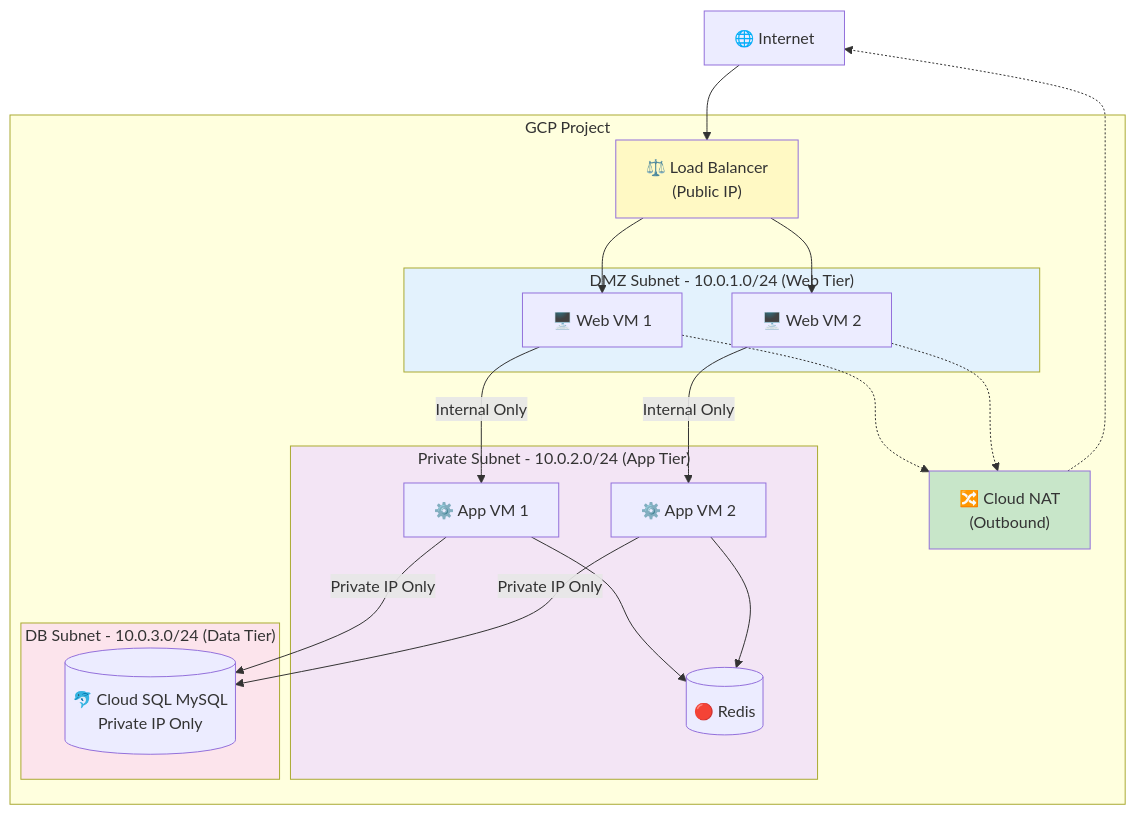
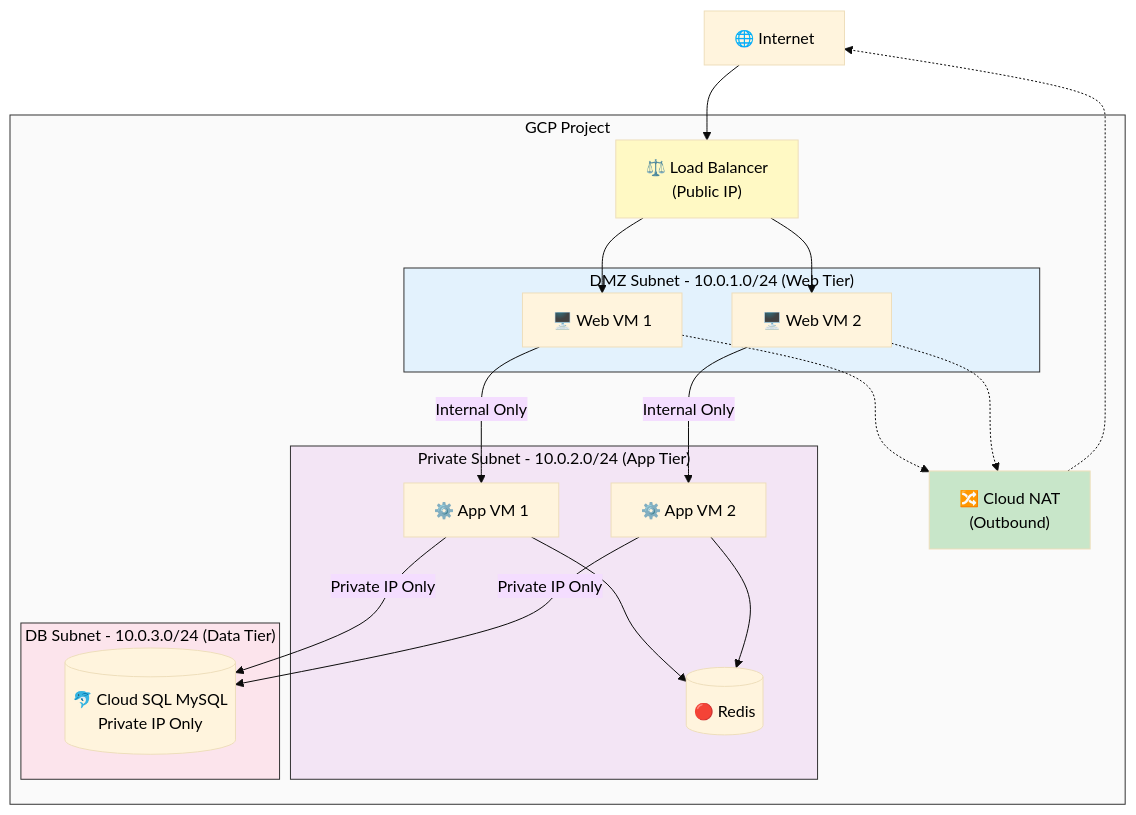
Before and after one commit to JSJ2337/GCP_terraform_code: the third of 4 diagrams in terraform_gcp_infra/docs/architecture/overview.md, drawn with Mermaid. The commit also changed other lines of this file and 5 other files, not shown here.

First line of the commit message:
style: Mermaid 다이어그램 제목 가독성 개선

````diff
--- a/terraform_gcp_infra/docs/architecture/overview.md
+++ b/terraform_gcp_infra/docs/architecture/overview.md
@@ -181,44 +187,46 @@
 ```mermaid
+%%{init: {'theme': 'base', 'themeVariables': { 'primaryTextColor': '#000000', 'clusterBkg': '#ffffff', 'clusterBorder': '#333333' }}}%%
 flowchart TB
     INET[🌐 Internet]
 
     subgraph GCP["GCP Project"]
         LB["⚖️ Load Balancer<br/>(Public IP)"]
         NAT["🔀 Cloud NAT<br/>(Outbound)"]
 
         subgraph DMZ["DMZ Subnet - 10.0.1.0/24 (Web Tier)"]
             WEB1[🖥️ Web VM 1]
             WEB2[🖥️ Web VM 2]
         end
 
         subgraph Private["Private Subnet - 10.0.2.0/24 (App Tier)"]
             APP1[⚙️ App VM 1]
             APP2[⚙️ App VM 2]
             REDIS[(🔴 Redis)]
         end
 
         subgraph DB["DB Subnet - 10.0.3.0/24 (Data Tier)"]
             SQL[(🐬 Cloud SQL MySQL<br/>Private IP Only)]
         end
     end
 
     INET --> LB
     LB --> WEB1
     LB --> WEB2
     WEB1 -.-> NAT
     WEB2 -.-> NAT
     NAT -.-> INET
 
     WEB1 -->|Internal Only| APP1
     WEB2 -->|Internal Only| APP2
     APP1 --> REDIS
     APP2 --> REDIS
     APP1 -->|Private IP Only| SQL
     APP2 -->|Private IP Only| SQL
 
-    style DMZ fill:#e3f2fd
-    style Private fill:#f3e5f5
-    style DB fill:#fce4ec
+    style GCP fill:#fafafa,color:#000000
+    style DMZ fill:#e3f2fd,color:#000000
+    style Private fill:#f3e5f5,color:#000000
+    style DB fill:#fce4ec,color:#000000
     style LB fill:#fff9c4
     style NAT fill:#c8e6c9
 ```
````
